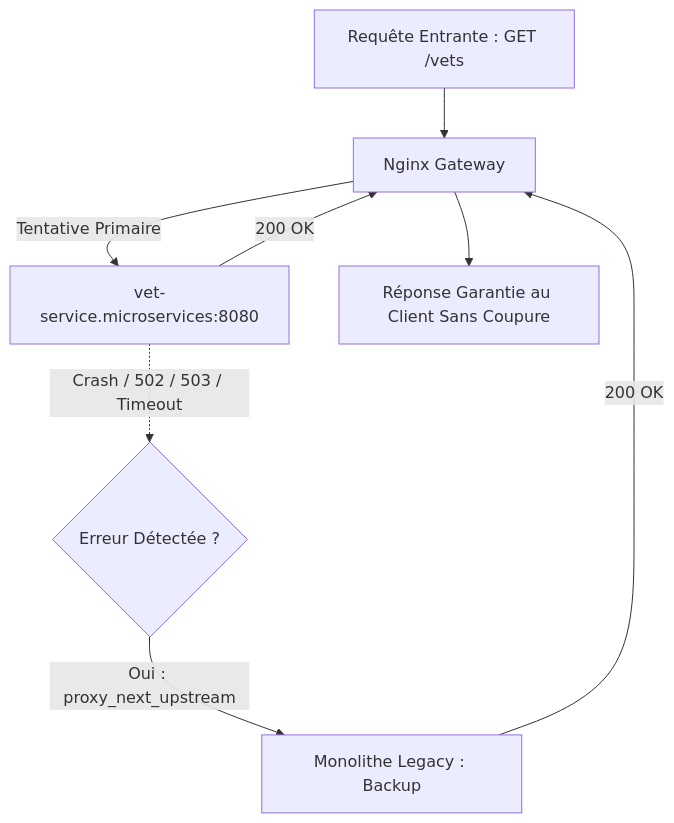
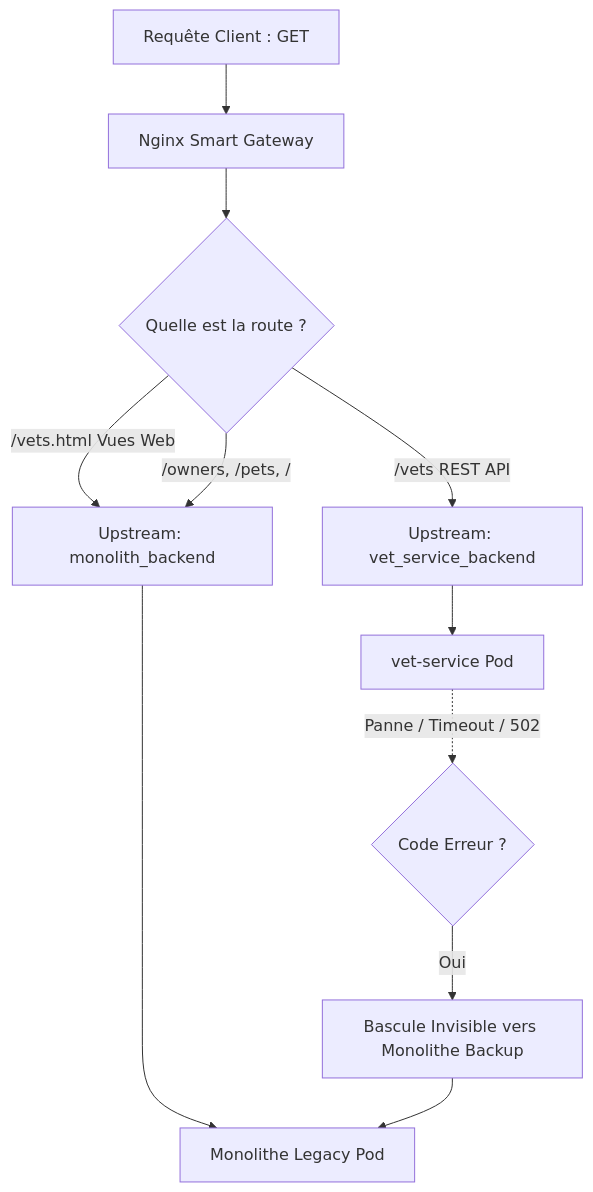
Before and after one commit to abdochiguer/Monolith-to-Microservices-Migration: the fourth of 8 diagrams in README.md, drawn with Mermaid. The commit also changed other lines of this file, not shown here.

````diff
--- a/README.md
+++ b/README.md
@@ -213,13 +205,17 @@
 ```mermaid
 flowchart TD
-    Req[Requête Entrante : GET /vets] --> GW[Nginx Gateway]
+    ClientReq[Requête Client : GET] --> NginxGate[Nginx Smart Gateway]
+
+    NginxGate --> CheckRoute{Quelle est la route ?}
     
-    GW -->|Tentative Primaire| MS[vet-service.microservices:8080]
-    MS -- 200 OK --> GW
-    
-    MS -.->|Crash / 502 / 503 / Timeout| ErrorTrigger{Erreur Détectée ?}
-    ErrorTrigger -->|Oui : proxy_next_upstream| Backup[Monolithe Legacy : Backup]
-    Backup -- 200 OK --> GW
-    
-    GW --> Res[Réponse Garantie au Client Sans Coupure]
+    CheckRoute -->|/vets REST API| UpstreamVet[Upstream: vet_service_backend]
+    CheckRoute -->|/vets.html Vues Web| UpstreamMono[Upstream: monolith_backend]
+    CheckRoute -->|/owners, /pets, /| UpstreamMono
+
+    UpstreamVet --> VetPod[vet-service Pod]
+    UpstreamMono --> MonoPod[Monolithe Legacy Pod]
+
+    VetPod -.->|Panne / Timeout / 502| ErrorCatch{Code Erreur ?}
+    ErrorCatch -->|Oui| Failover[Bascule Invisible vers Monolithe Backup]
+    Failover --> MonoPod
 ```
````
